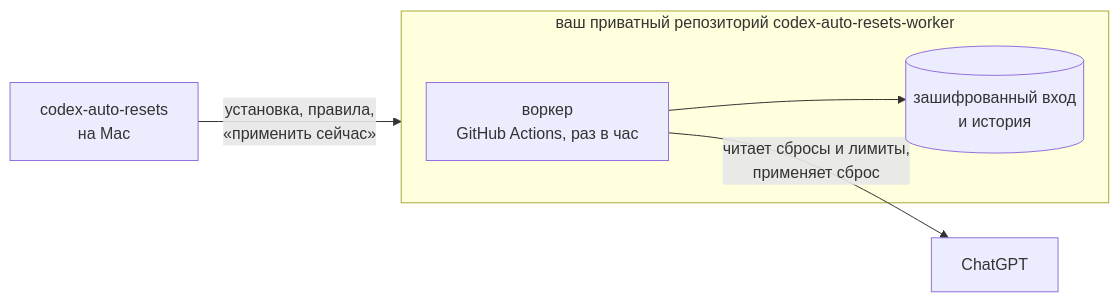
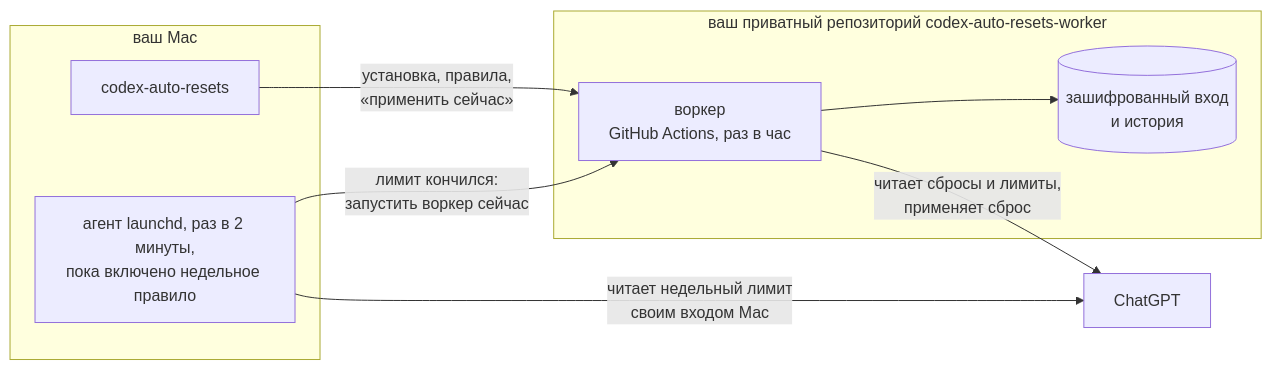
The diagram in docs/README.ru.md (Keshaqaz/ares), drawn with Mermaid before and after one commit. The commit also changed other lines of this file and 10 other files, not shown here.

````diff
--- a/docs/README.ru.md
+++ b/docs/README.ru.md
@@ -65,8 +67,15 @@
 ```mermaid
 flowchart LR
-  CLI["codex-auto-resets<br/>на Mac"] -- "установка, правила,<br/>«применить сейчас»" --> R
+  subgraph M["ваш Mac"]
+    CLI["codex-auto-resets"]
+    A["агент launchd, раз в 2 минуты,<br/>пока включено недельное правило"]
+  end
   subgraph R["ваш приватный репозиторий codex-auto-resets-worker"]
     W["воркер<br/>GitHub Actions, раз в час"] --> S[("зашифрованный вход<br/>и история")]
   end
-  W -- "читает сбросы и лимиты,<br/>применяет сброс" --> C["ChatGPT"]
+  C["ChatGPT"]
+  CLI -- "установка, правила,<br/>«применить сейчас»" --> W
+  A -- "читает недельный лимит<br/>своим входом Mac" --> C
+  A -- "лимит кончился:<br/>запустить воркер сейчас" --> W
+  W -- "читает сбросы и лимиты,<br/>применяет сброс" --> C
 ```
````
